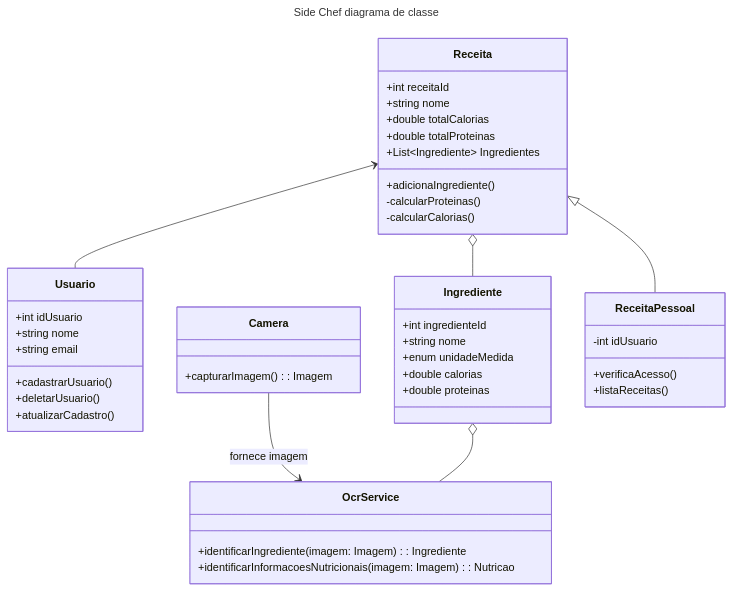
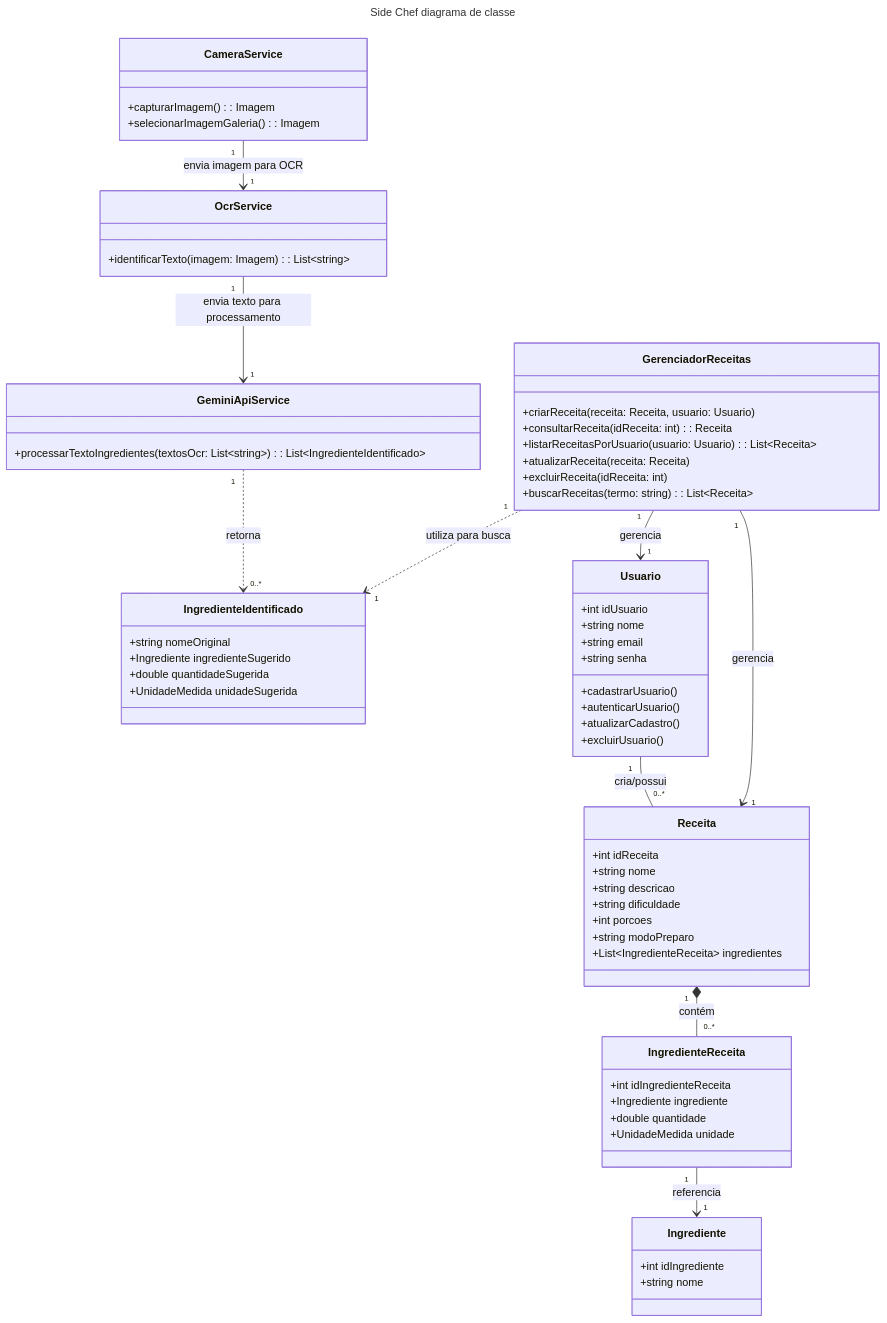
The third of 3 diagrams in docs/artefatos/arquitetura.md (fga-eps-mds/2025.1-SideChef-Docs), drawn with Mermaid before and after one commit. The commit also changed other lines of this file and 6 other files, not shown here.

Commit message:
docs: atualiza diagrama de classes, planos de mitigação/riscos e custos.

````diff
--- a/docs/artefatos/arquitetura.md
+++ b/docs/artefatos/arquitetura.md
@@ -101,51 +102,81 @@
 ```mermaid
 ---
 title: Side Chef diagrama de classe
 ---
 classDiagram
-    class Usuario{
+    direction TD
+
+    class Usuario {
         +int idUsuario
         +string nome
         +string email
+        +string senha
         +cadastrarUsuario()
-        +deletarUsuario()
+        +autenticarUsuario()
         +atualizarCadastro()
+        +excluirUsuario()
     }
-    class Receita{
-        +int receitaId
+
+    class Receita {
+        +int idReceita
         +string nome
-        +double totalCalorias
-        +double totalProteinas
-        +List~Ingrediente~ Ingredientes
-        +adicionaIngrediente()
-        -calcularProteinas()
-        -calcularCalorias()
+        +string descricao
+        +string dificuldade
+        +int porcoes
+        +string modoPreparo
+        +List~IngredienteReceita~ ingredientes
     }
-    class Ingrediente{
-        +int ingredienteId
+
+    class IngredienteReceita {
+        +int idIngredienteReceita
+        +Ingrediente ingrediente
+        +double quantidade
+        +UnidadeMedida unidade
+    }
+
+    class Ingrediente {
+        +int idIngrediente
         +string nome
-        +enum unidadeMedida
-        +double calorias
-        +double proteinas
     }
-    class Camera {
+
+    class CameraService {
         +capturarImagem(): Imagem
+        +selecionarImagemGaleria(): Imagem
     }
+
     class OcrService {
-        +identificarIngrediente(imagem: Imagem): Ingrediente
-        +identificarInformacoesNutricionais(imagem: Imagem): Nutricao
+        +identificarTexto(imagem: Imagem): List~string~
     }
-    class ReceitaPessoal{
-        -int idUsuario
-        +verificaAcesso()
-        +listaReceitas()
+
+    class GeminiApiService {
+        +processarTextoIngredientes(textosOcr: List~string~): List~IngredienteIdentificado~
     }
-    
-    Camera --> OcrService : fornece imagem
-    Receita <-- Usuario
-    Receita o-- Ingrediente
-    Ingrediente o-- OcrService
-    Receita <|-- ReceitaPessoal
 
+    class IngredienteIdentificado {
+        +string nomeOriginal
+        +Ingrediente ingredienteSugerido
+        +double quantidadeSugerida
+        +UnidadeMedida unidadeSugerida
+    }
 
+    class GerenciadorReceitas {
+        +criarReceita(receita: Receita, usuario: Usuario)
+        +consultarReceita(idReceita: int): Receita
+        +listarReceitasPorUsuario(usuario: Usuario): List~Receita~
+        +atualizarReceita(receita: Receita)
+        +excluirReceita(idReceita: int)
+        +buscarReceitas(termo: string): List~Receita~
+    }
+
+    Usuario "1" -- "0..*" Receita : cria/possui
+    Receita "1" *-- "0..*" IngredienteReceita : contém
+    IngredienteReceita "1" --> "1" Ingrediente : referencia
+
+    CameraService "1" --> "1" OcrService : envia imagem para OCR
+    OcrService "1" --> "1" GeminiApiService : envia texto para processamento
+    GeminiApiService "1" ..> "0..*" IngredienteIdentificado : retorna
+
+    GerenciadorReceitas "1" --> "1" Receita : gerencia
+    GerenciadorReceitas "1" --> "1" Usuario : gerencia
+    GerenciadorReceitas "1" ..> "1" IngredienteIdentificado : utiliza para busca
 ```
````
